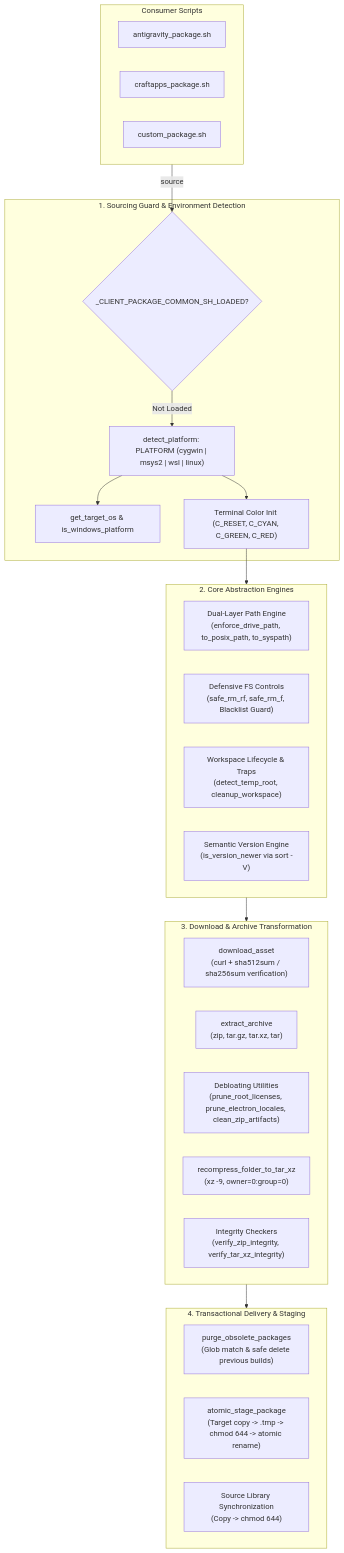
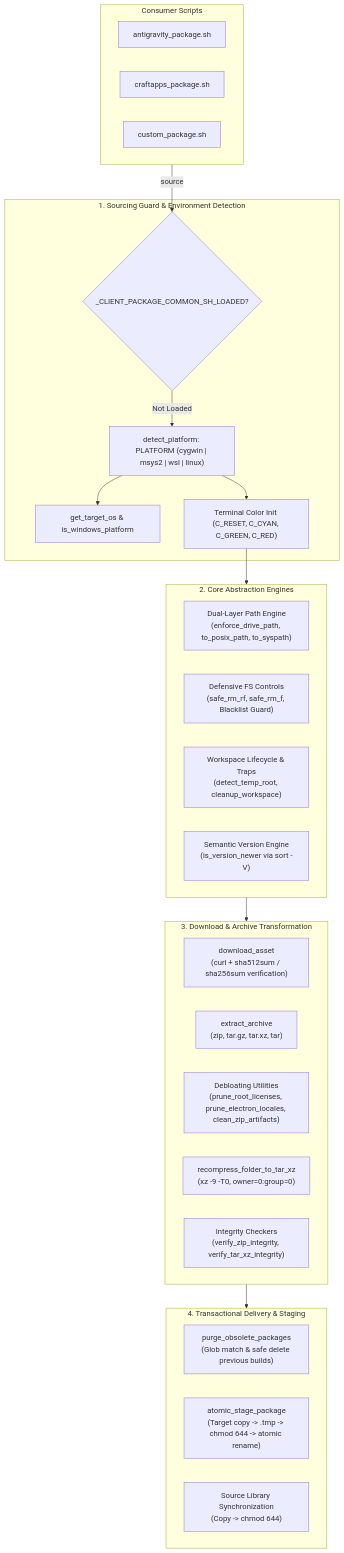
One commit to edsilegxrepo/devops changed the first of 3 diagrams in client_tools/client_package_common_README.md. Above: the diagram before and after it, drawn with Mermaid. The commit also changed other lines of this file and 5 other files, not shown here.

````diff
--- a/client_tools/client_package_common_README.md
+++ b/client_tools/client_package_common_README.md
@@ -31,45 +31,45 @@
 ```mermaid
 flowchart TD
     subgraph Consumer ["Consumer Scripts"]
         Antigravity["antigravity_package.sh"]
         CraftApps["craftapps_package.sh"]
         CustomApp["custom_package.sh"]
     end
 
     subgraph Guard ["1. Sourcing Guard & Environment Detection"]
         SourceGuard{"_CLIENT_PACKAGE_COMMON_SH_LOADED?"}
         DetectPlatform["detect_platform: PLATFORM (cygwin | msys2 | wsl | linux)"]
         DetectOS["get_target_os & is_windows_platform"]
         TermColors["Terminal Color Init (C_RESET, C_CYAN, C_GREEN, C_RED)"]
     end
 
     subgraph CoreEngine ["2. Core Abstraction Engines"]
         PathEngine["Dual-Layer Path Engine\n(enforce_drive_path, to_posix_path, to_syspath)"]
         DefensiveFS["Defensive FS Controls\n(safe_rm_rf, safe_rm_f, Blacklist Guard)"]
         WorkspaceEngine["Workspace Lifecycle & Traps\n(detect_temp_root, cleanup_workspace)"]
         VersionEngine["Semantic Version Engine\n(is_version_newer via sort -V)"]
     end
 
     subgraph AssetsAndArchives ["3. Download & Archive Transformation"]
         DownloadHelper["download_asset\n(curl + sha512sum / sha256sum verification)"]
         ArchiveExtractor["extract_archive\n(zip, tar.gz, tar.xz, tar)"]
         Debloater["Debloating Utilities\n(prune_root_licenses, prune_electron_locales, clean_zip_artifacts)"]
-        Recompressor["recompress_folder_to_tar_xz\n(xz -9, owner=0:group=0)"]
+        Recompressor["recompress_folder_to_tar_xz\n(xz -9 -T0, owner=0:group=0)"]
         Verifiers["Integrity Checkers\n(verify_zip_integrity, verify_tar_xz_integrity)"]
     end
 
     subgraph TransactionalDelivery ["4. Transactional Delivery & Staging"]
         PurgeOld["purge_obsolete_packages\n(Glob match & safe delete previous builds)"]
         StageTarget["atomic_stage_package\n(Target copy -> .tmp -> chmod 644 -> atomic rename)"]
         UpdateSource["Source Library Synchronization\n(Copy -> chmod 644)"]
     end
 
     Consumer -->|source| SourceGuard
     SourceGuard -- Not Loaded --> DetectPlatform
     DetectPlatform --> DetectOS
     DetectPlatform --> TermColors
     TermColors --> CoreEngine
 
     CoreEngine --> AssetsAndArchives
     AssetsAndArchives --> TransactionalDelivery
 ```
````
